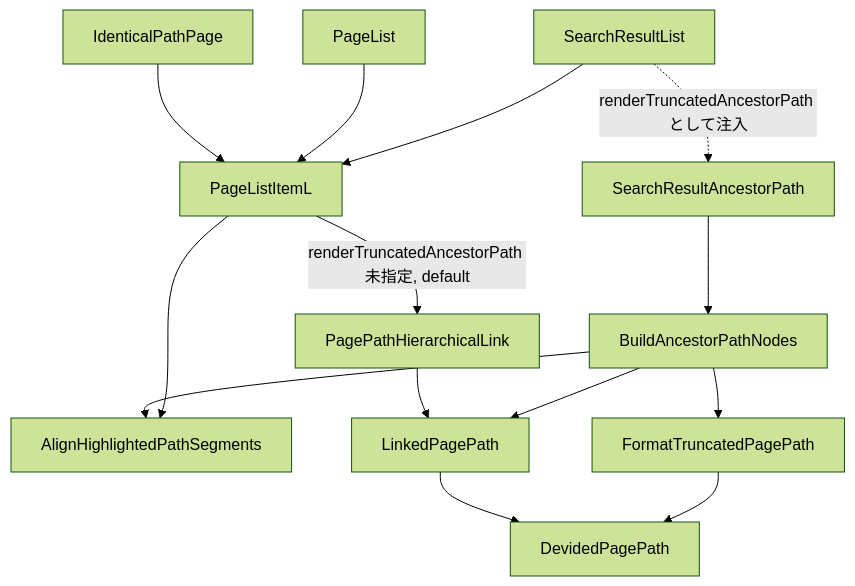
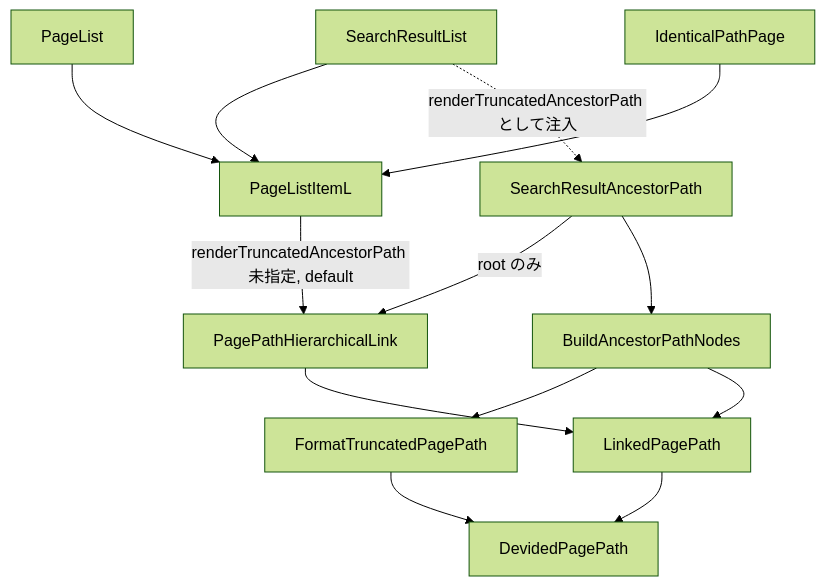
One commit to growilabs/growi changed the first of 2 diagrams in .kiro/specs/page-path-truncation/design.md. Above: the diagram before and after it, drawn with Mermaid (forest theme). The commit also changed other lines of this file and 2 other files, not shown here.

First line of the commit message:
docs(page-path-truncation): keep review-fix notes at decision level

````diff
--- a/.kiro/specs/page-path-truncation/design.md
+++ b/.kiro/specs/page-path-truncation/design.md
@@ -65,19 +65,18 @@
 ```mermaid
 graph TB
     SearchResultList --> PageListItemL
     PageList --> PageListItemL
     IdenticalPathPage --> PageListItemL
 
     PageListItemL -->|renderTruncatedAncestorPath 未指定, default| PagePathHierarchicalLink
     SearchResultList -.->|renderTruncatedAncestorPath として注入| SearchResultAncestorPath
-    PageListItemL --> AlignHighlightedPathSegments
+    SearchResultAncestorPath -->|root のみ| PagePathHierarchicalLink
 
     SearchResultAncestorPath --> BuildAncestorPathNodes
     BuildAncestorPathNodes --> FormatTruncatedPagePath
     BuildAncestorPathNodes --> LinkedPagePath
-    BuildAncestorPathNodes --> AlignHighlightedPathSegments
     PagePathHierarchicalLink --> LinkedPagePath
 
     FormatTruncatedPagePath --> DevidedPagePath
     LinkedPagePath --> DevidedPagePath
 ```
````
